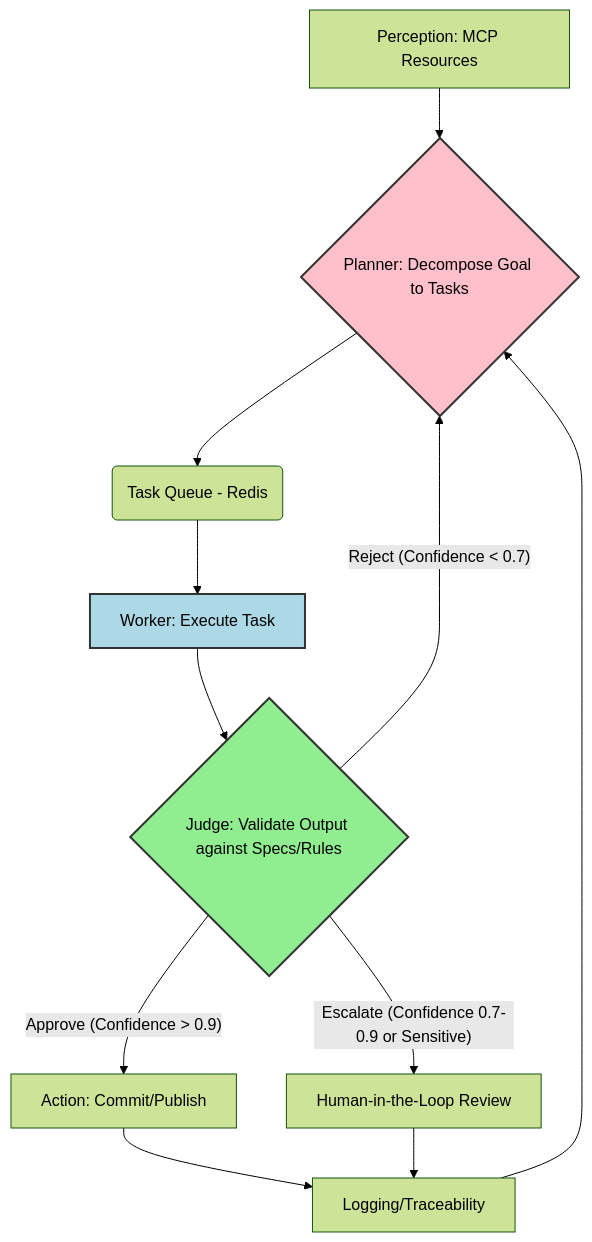
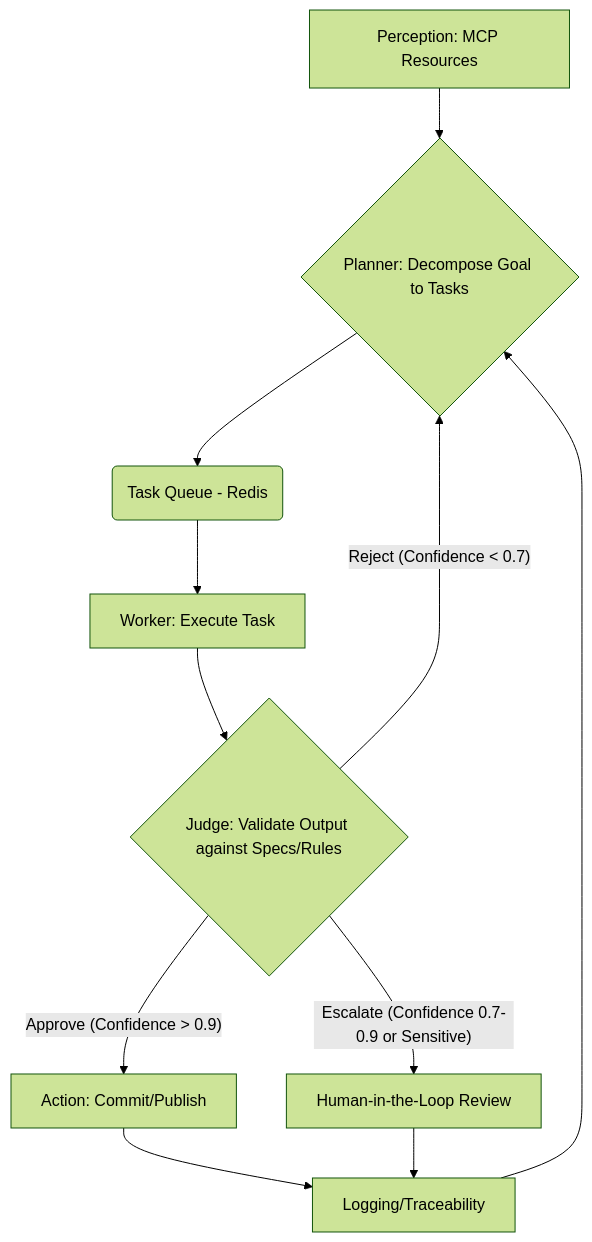
The first of 3 diagrams in submission_report.md (Abeni5/chimera-factory), drawn with Mermaid (forest theme) before and after one commit. The commit also changed other lines of this file, not shown here.

````diff
--- a/submission_report.md
+++ b/submission_report.md
@@ -174,17 +174,15 @@
 ```mermaid
 graph TD
     A[Perception: MCP Resources] --> B{Planner: Decompose Goal to Tasks}
     B --> C(Task Queue - Redis)
     C --> D[Worker: Execute Task]
     D --> E{Judge: Validate Output against Specs/Rules}
     E -- Approve (Confidence > 0.9) --> F[Action: Commit/Publish]
     E -- Reject (Confidence < 0.7) --> B
     E -- Escalate (Confidence 0.7-0.9 or Sensitive) --> G[Human-in-the-Loop Review]
     F --> H[Logging/Traceability]
     G --> H
     H --> B
 
-    style B fill:#FFC0CB,stroke:#333,stroke-width:2px
-    style D fill:#ADD8E6,stroke:#333,stroke-width:2px
-    style E fill:#90EE90,stroke:#333,stroke-width:2px
+   
 ```
````
